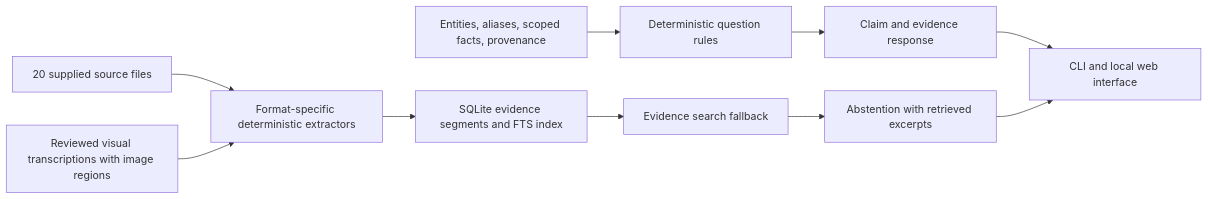
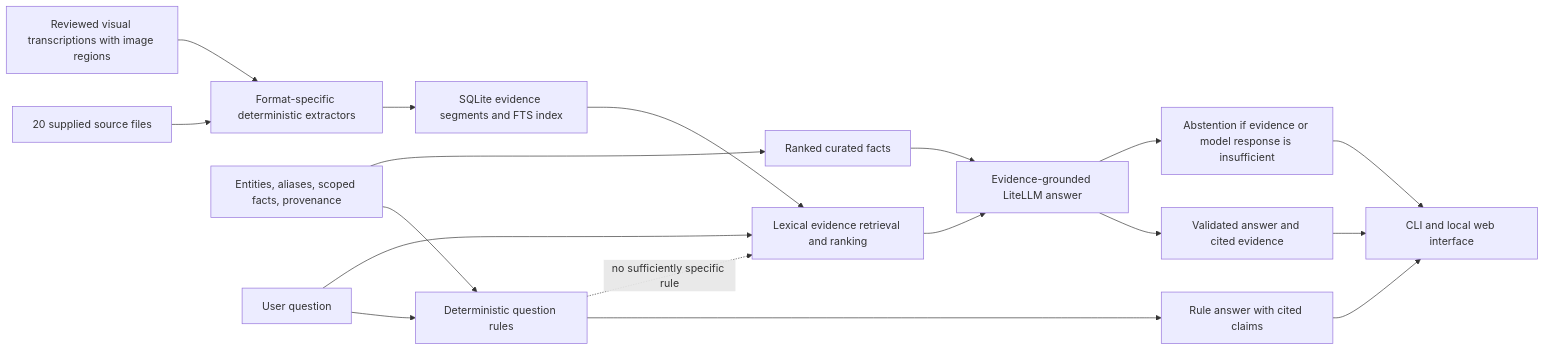
The diagram in Aegis/ARCHITECTURE.md (J-krishnan-r/Ageis), drawn with Mermaid before and after one commit. The commit also changed other lines of this file and 10 other files, not shown here.

Commit message:
Add evidence-grounded AI answers and document hybrid design

````diff
--- a/Aegis/ARCHITECTURE.md
+++ b/Aegis/ARCHITECTURE.md
@@ -9,12 +11,20 @@
 ```mermaid
 flowchart LR
   A[20 supplied source files] --> B[Format-specific deterministic extractors]
   V[Reviewed visual transcriptions with image regions] --> B
   B --> C[SQLite evidence segments and FTS index]
   D[Entities, aliases, scoped facts, provenance] --> E[Deterministic question rules]
-  C --> F[Evidence search fallback]
-  E --> G[Claim and evidence response]
-  F --> H[Abstention with retrieved excerpts]
-  G --> I[CLI and local web interface]
+  Q[User question] --> E
+  Q --> F[Lexical evidence retrieval and ranking]
+  C --> F
+  E --> G[Rule answer with cited claims]
+  E -. no sufficiently specific rule .-> F
+  D --> H[Ranked curated facts]
+  F --> I[Evidence-grounded LiteLLM answer]
   H --> I
+  I --> J[Validated answer and cited evidence]
+  I --> K[Abstention if evidence or model response is insufficient]
+  G --> L[CLI and local web interface]
+  J --> L
+  K --> L
 ```
````
